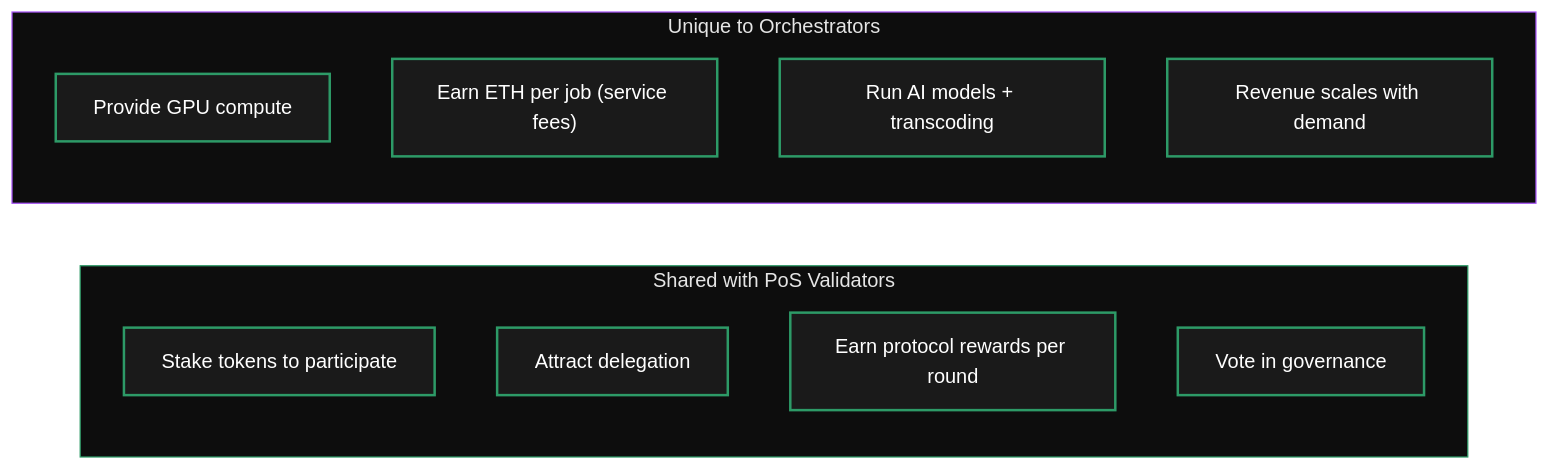
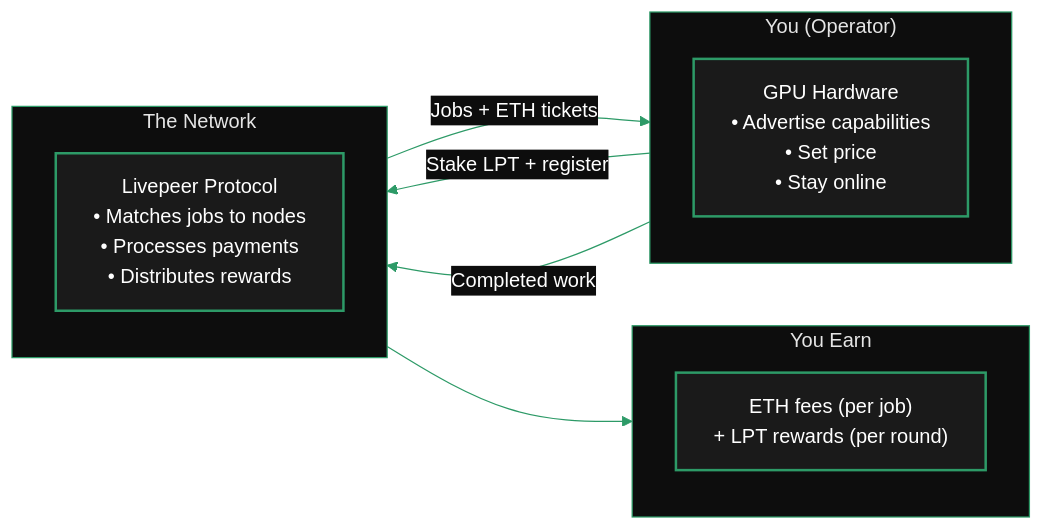
The third of 5 diagrams in v2/orchestrators/concepts/role.mdx (sidestream-tech/livepeer-docs), drawn with Mermaid before and after one commit. The commit also changed other lines of this file and 57 other files, not shown here.

````diff
--- a/v2/orchestrators/concepts/role.mdx
+++ b/v2/orchestrators/concepts/role.mdx
@@ -160,21 +125,23 @@
-```mermaid
-%%{init: {'theme': 'base', 'themeVariables': { 'primaryColor': '#1a1a1a', 'primaryTextColor': '#fff', 'primaryBorderColor': '#2d9a67', 'lineColor': '#2d9a67', 'secondaryColor': '#0d0d0d', 'tertiaryColor': '#1a1a1a', 'background': '#0d0d0d', 'fontFamily': 'system-ui' }}}%%
-flowchart LR
-    subgraph Shared["Shared with PoS Validators"]
-        S1["Stake tokens to participate"]
-        S2["Attract delegation"]
-        S3["Earn protocol rewards per round"]
-        S4["Vote in governance"]
-    end
+      ```mermaid
+      %%{init: {'theme': 'base', 'themeVariables': { 'primaryColor': '#1a1a1a', 'primaryTextColor': '#fff', 'primaryBorderColor': '#2d9a67', 'lineColor': '#2d9a67', 'secondaryColor': '#0d0d0d', 'tertiaryColor': '#1a1a1a', 'background': '#0d0d0d', 'fontFamily': 'system-ui' }}}%%
+      flowchart LR
+          subgraph You["You (Operator)"]
+              A["GPU Hardware<br/>• Advertise capabilities<br/>• Set price<br/>• Stay online"]
+          end
+          subgraph Net["The Network"]
+              B["Livepeer Protocol<br/>• Matches jobs to nodes<br/>• Processes payments<br/>• Distributes rewards"]
+          end
+          subgraph Earn["You Earn"]
+              C["ETH fees (per job)<br/>+ LPT rewards (per round)"]
+          end
 
-    subgraph Unique["Unique to Orchestrators"]
-        U1["Provide GPU compute"]
-        U2["Earn ETH per job (service fees)"]
-        U3["Run AI models + transcoding"]
-        U4["Revenue scales with demand"]
-    end
+          You -->|Stake LPT + register| Net
+          Net -->|Jobs + ETH tickets| You
+          You -->|Completed work| Net
+          Net --> Earn
 
-    classDef default fill:#1a1a1a,color:#fff,stroke:#2d9a67,stroke-width:2px
-    style Shared fill:#0d0d0d,stroke:#2d9a67,stroke-width:1px
-    style Unique fill:#0d0d0d,stroke:#a855f7,stroke-width:1px
-```
+          classDef default fill:#1a1a1a,color:#fff,stroke:#2d9a67,stroke-width:2px
+          style You fill:#0d0d0d,stroke:#2d9a67,stroke-width:1px
+          style Net fill:#0d0d0d,stroke:#2d9a67,stroke-width:1px
+          style Earn fill:#0d0d0d,stroke:#2d9a67,stroke-width:1px
+      ```
````
